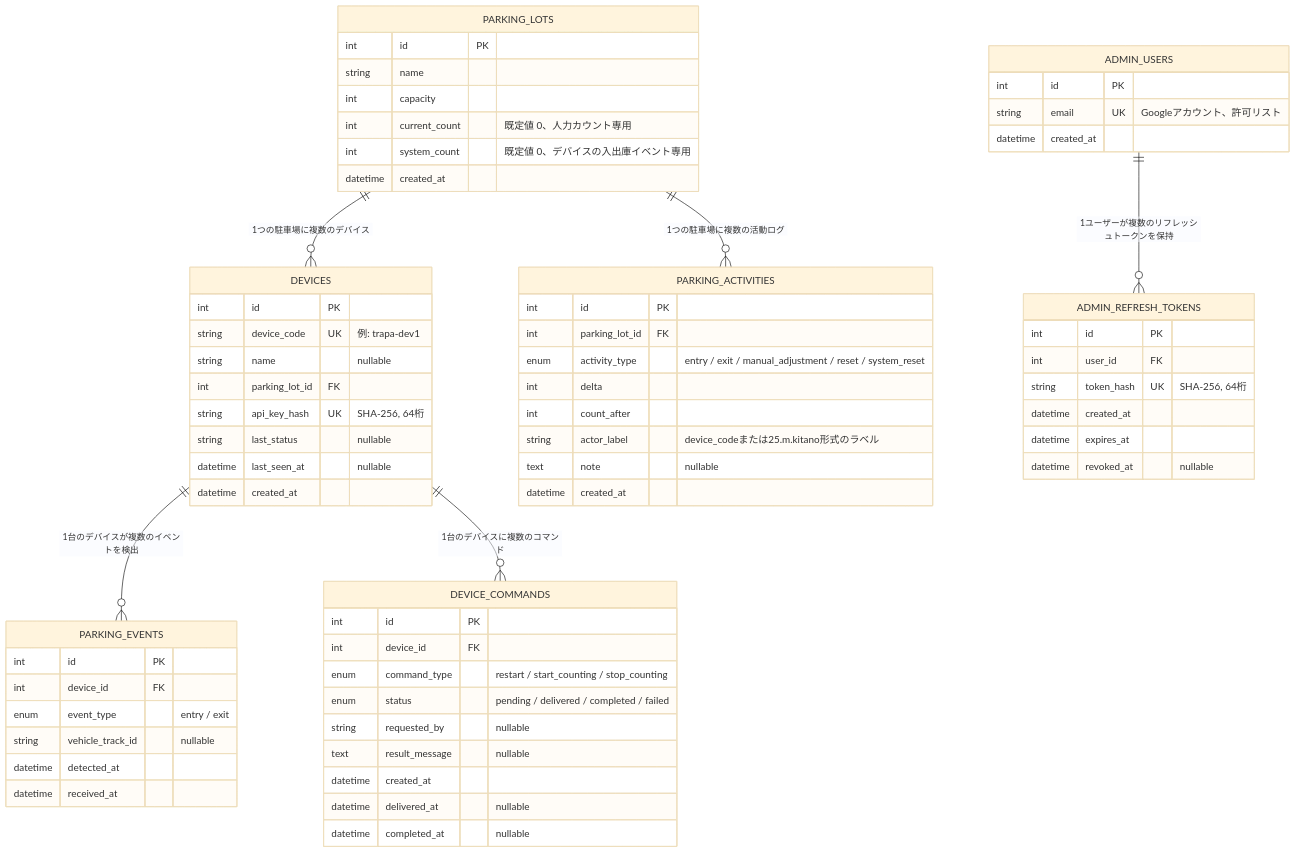
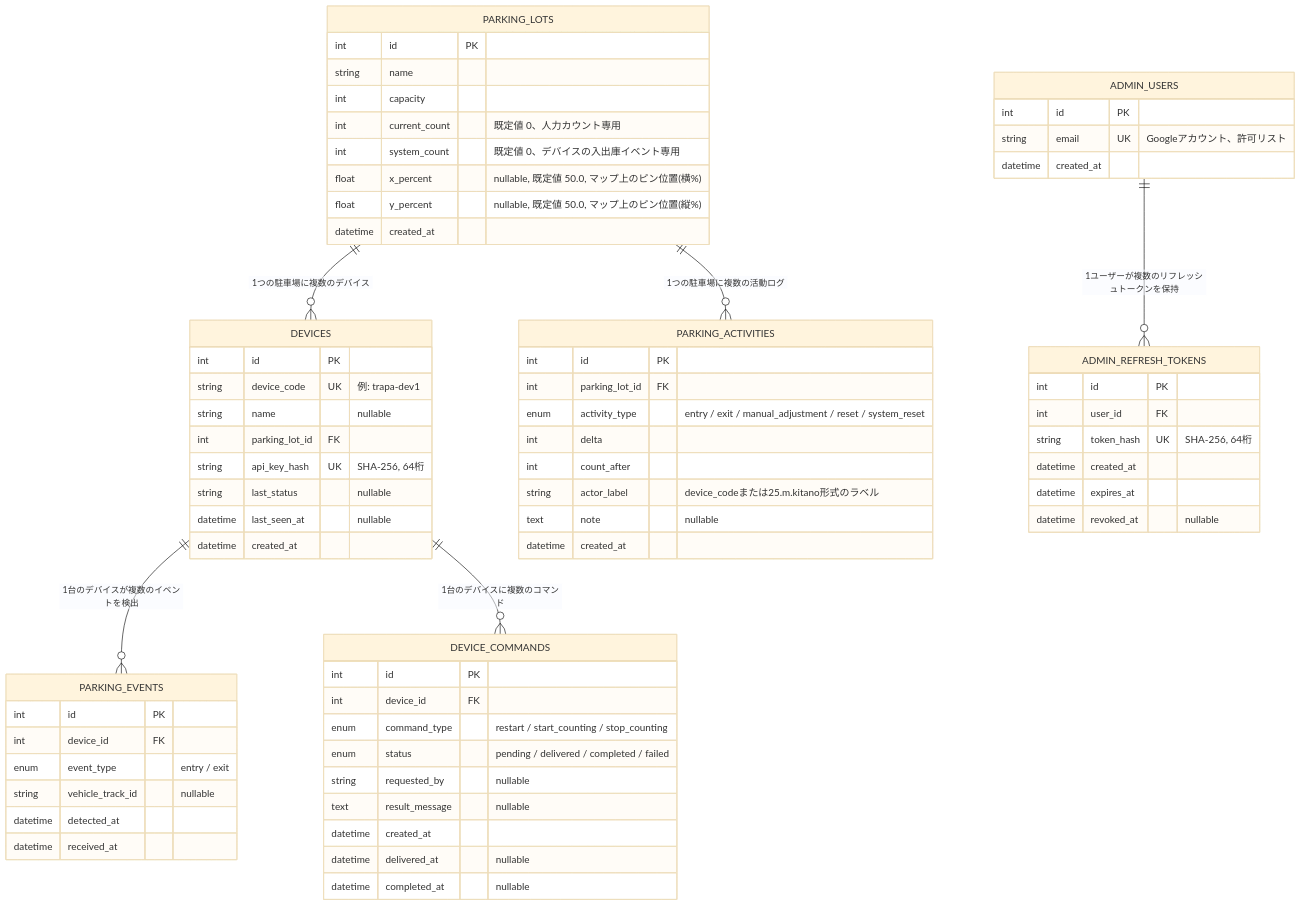
Before and after one commit to NUTFes/tracking-parking-api: the diagram in docs/db-schema.md, drawn with Mermaid (base theme). The commit also changed other lines of this file and 8 other files, not shown here.

````diff
--- a/docs/db-schema.md
+++ b/docs/db-schema.md
@@ -9,69 +9,71 @@
 ```mermaid
 erDiagram
     PARKING_LOTS ||--o{ DEVICES : "1つの駐車場に複数のデバイス"
     PARKING_LOTS ||--o{ PARKING_ACTIVITIES : "1つの駐車場に複数の活動ログ"
     DEVICES ||--o{ PARKING_EVENTS : "1台のデバイスが複数のイベントを検出"
     DEVICES ||--o{ DEVICE_COMMANDS : "1台のデバイスに複数のコマンド"
     ADMIN_USERS ||--o{ ADMIN_REFRESH_TOKENS : "1ユーザーが複数のリフレッシュトークンを保持"
 
     PARKING_LOTS {
         int id PK
         string name
         int capacity
         int current_count "既定値 0、人力カウント専用"
         int system_count "既定値 0、デバイスの入出庫イベント専用"
+        float x_percent "nullable, 既定値 50.0, マップ上のピン位置(横%)"
+        float y_percent "nullable, 既定値 50.0, マップ上のピン位置(縦%)"
         datetime created_at
     }
     DEVICES {
         int id PK
         string device_code UK "例: trapa-dev1"
         string name "nullable"
         int parking_lot_id FK
         string api_key_hash UK "SHA-256, 64桁"
         string last_status "nullable"
         datetime last_seen_at "nullable"
         datetime created_at
     }
     PARKING_EVENTS {
         int id PK
         int device_id FK
         enum event_type "entry / exit"
         string vehicle_track_id "nullable"
         datetime detected_at
         datetime received_at
     }
     DEVICE_COMMANDS {
         int id PK
         int device_id FK
         enum command_type "restart / start_counting / stop_counting"
         enum status "pending / delivered / completed / failed"
         string requested_by "nullable"
         text result_message "nullable"
         datetime created_at
         datetime delivered_at "nullable"
         datetime completed_at "nullable"
     }
     PARKING_ACTIVITIES {
         int id PK
         int parking_lot_id FK
         enum activity_type "entry / exit / manual_adjustment / reset / system_reset"
         int delta
         int count_after
         string actor_label "device_codeまたは25.m.kitano形式のラベル"
         text note "nullable"
         datetime created_at
     }
     ADMIN_USERS {
         int id PK
         string email UK "Googleアカウント、許可リスト"
         datetime created_at
     }
     ADMIN_REFRESH_TOKENS {
         int id PK
         int user_id FK
         string token_hash UK "SHA-256, 64桁"
         datetime created_at
         datetime expires_at
         datetime revoked_at "nullable"
     }
 ```
````
